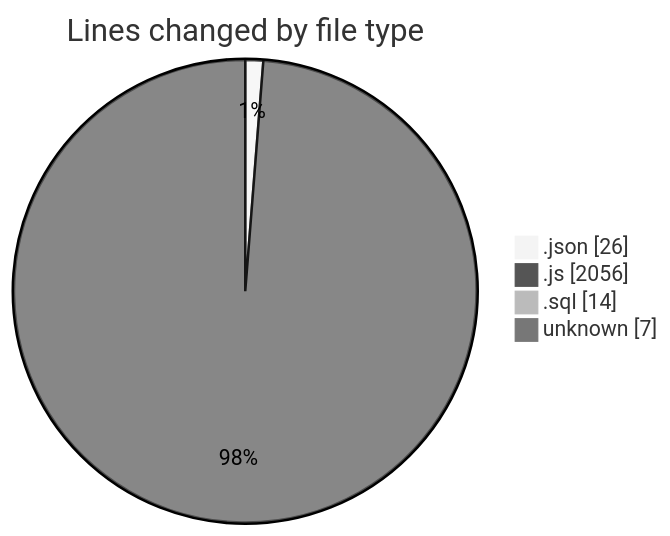
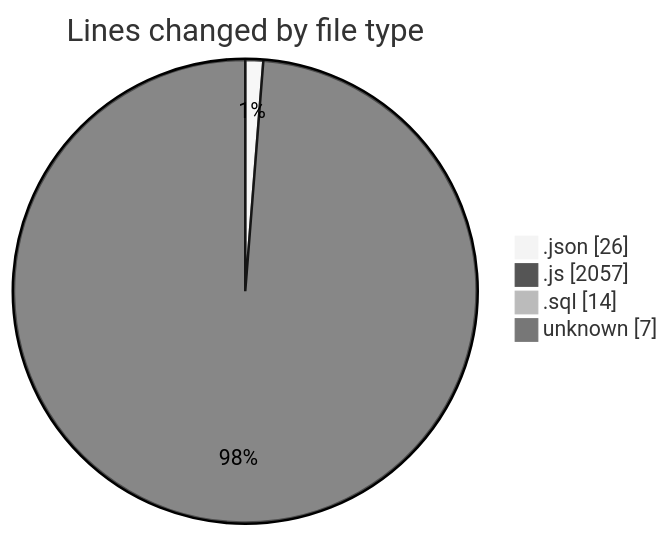
Before and after one commit to nxtqubesakshisongat/code-tracking: the first of 2 diagrams in 2025-09-10/cashcalc/README.md, drawn with Mermaid (neutral theme). The commit also changed other lines of this file and 1 other file, not shown here.

````diff
--- a/2025-09-10/cashcalc/README.md
+++ b/2025-09-10/cashcalc/README.md
@@ -36,8 +36,8 @@
 ```mermaid
 pie showData
 title Lines changed by file type
 ".json" : 26
-".js" : 2056
+".js" : 2057
 ".sql" : 14
 "unknown" : 7
 ```
````
